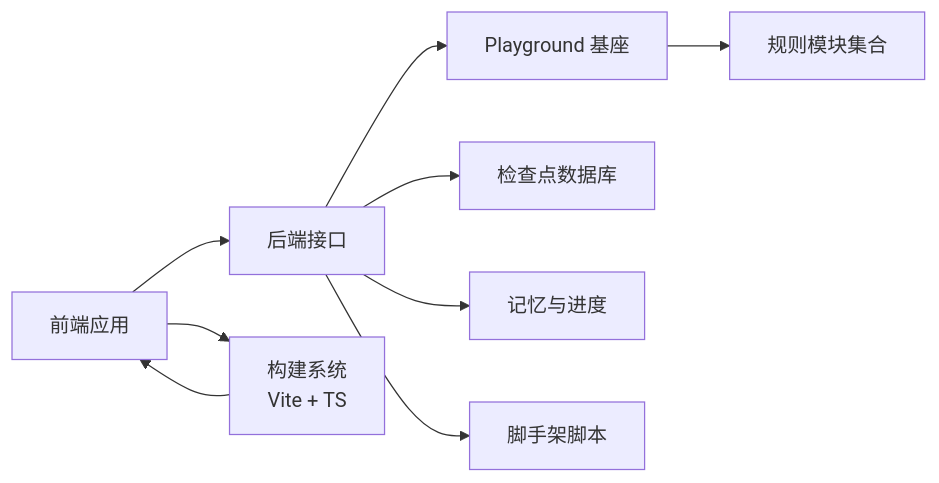
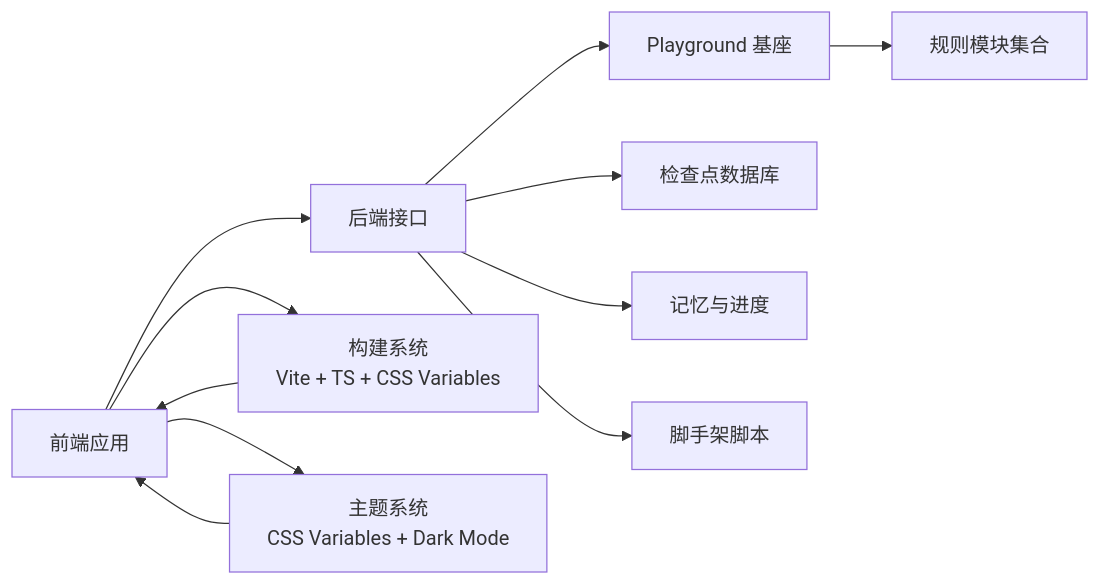
One commit to king-l6/agent_application_development changed the fourth of 4 diagrams in .qoder/repowiki/zh/content/智能体工程/智能体工作台开发.md. Above: the diagram before and after it, drawn with Mermaid. The commit also changed other lines of this file and 425 other files, not shown here.

````diff
--- a/.qoder/repowiki/zh/content/智能体工程/智能体工作台开发.md
+++ b/.qoder/repowiki/zh/content/智能体工程/智能体工作台开发.md
@@ -449,11 +503,13 @@
 ```mermaid
 graph LR
 FE["前端应用"] --> API["后端接口"]
-FE --> Build["构建系统<br/>Vite + TS"]
+FE --> Build["构建系统<br/>Vite + TS + CSS Variables"]
+FE --> Theme["主题系统<br/>CSS Variables + Dark Mode"]
 API --> PG["Playground 基座"]
 PG --> MOD["规则模块集合"]
 API --> CKPT["检查点数据库"]
 API --> MEM["记忆与进度"]
 API --> SC["脚手架脚本"]
 Build --> FE
+Theme --> FE
 ```
````
